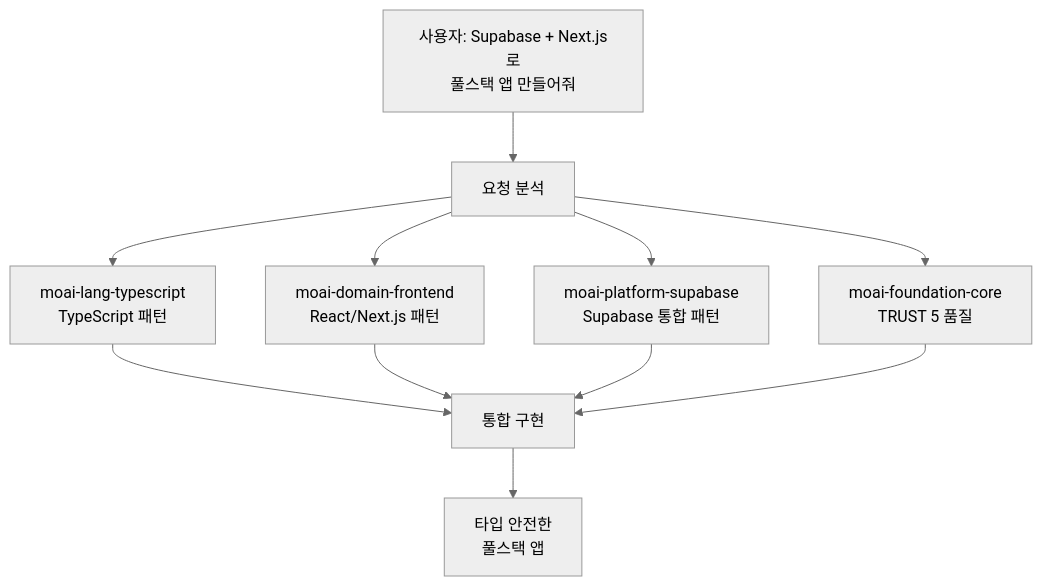
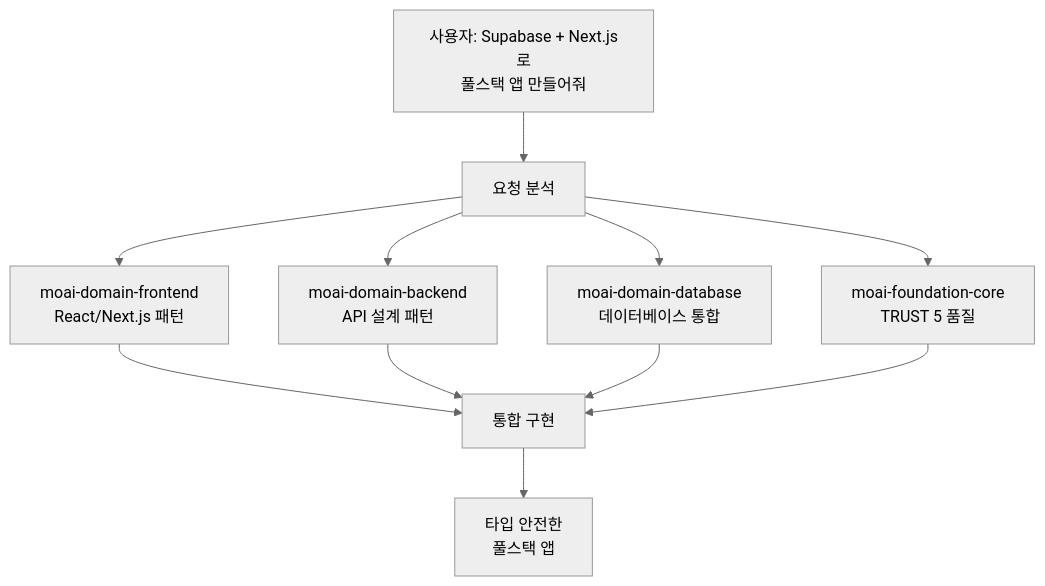
One commit to modu-ai/moai-adk changed the fourth of 4 diagrams in docs-site/content/ko/advanced/skill-guide.md. Above: the diagram before and after it, drawn with Mermaid (neutral theme). The commit also changed other lines of this file and 19 other files, not shown here.

````diff
--- a/docs-site/content/ko/advanced/skill-guide.md
+++ b/docs-site/content/ko/advanced/skill-guide.md
@@ -355,16 +324,16 @@
 ```mermaid
 flowchart TD
     REQ["사용자: Supabase + Next.js로<br>풀스택 앱 만들어줘"] --> ANALYZE[요청 분석]
 
-    ANALYZE --> S1["moai-lang-typescript<br>TypeScript 패턴"]
-    ANALYZE --> S2["moai-domain-frontend<br>React/Next.js 패턴"]
-    ANALYZE --> S3["moai-platform-supabase<br>Supabase 통합 패턴"]
+    ANALYZE --> S1["moai-domain-frontend<br>React/Next.js 패턴"]
+    ANALYZE --> S2["moai-domain-backend<br>API 설계 패턴"]
+    ANALYZE --> S3["moai-domain-database<br>데이터베이스 통합"]
     ANALYZE --> S4["moai-foundation-core<br>TRUST 5 품질"]
 
     S1 --> IMPL[통합 구현]
     S2 --> IMPL
     S3 --> IMPL
     S4 --> IMPL
 
     IMPL --> RESULT["타입 안전한<br>풀스택 앱"]
 ```
````
